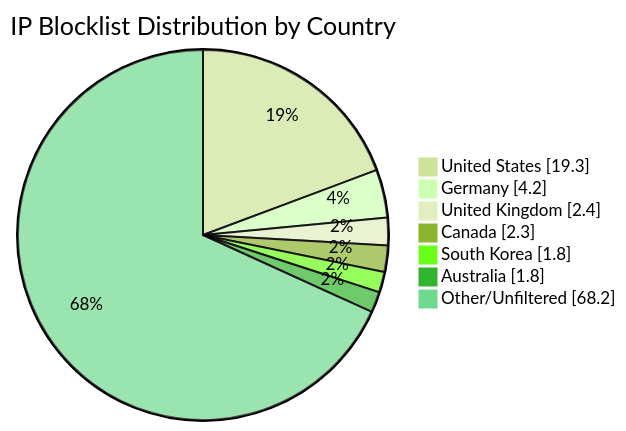
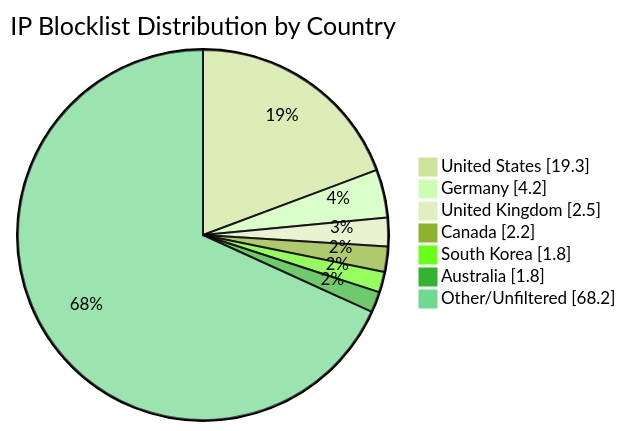
Before and after one commit to MarcusHoltz/ipblocklist-geofiltered-aggregator: the diagram in README.md, drawn with Mermaid (forest theme). The commit also changed other lines of this file and 9 other files, not shown here.

````diff
--- a/README.md
+++ b/README.md
@@ -34,10 +34,10 @@
 ```mermaid
 pie showData title IP Blocklist Distribution by Country
 "United States" : 19.3
 "Germany" : 4.2
-"United Kingdom" : 2.4
-"Canada" : 2.3
+"United Kingdom" : 2.5
+"Canada" : 2.2
 "South Korea" : 1.8
 "Australia" : 1.8
 "Other/Unfiltered" : 68.2
 ```
````
